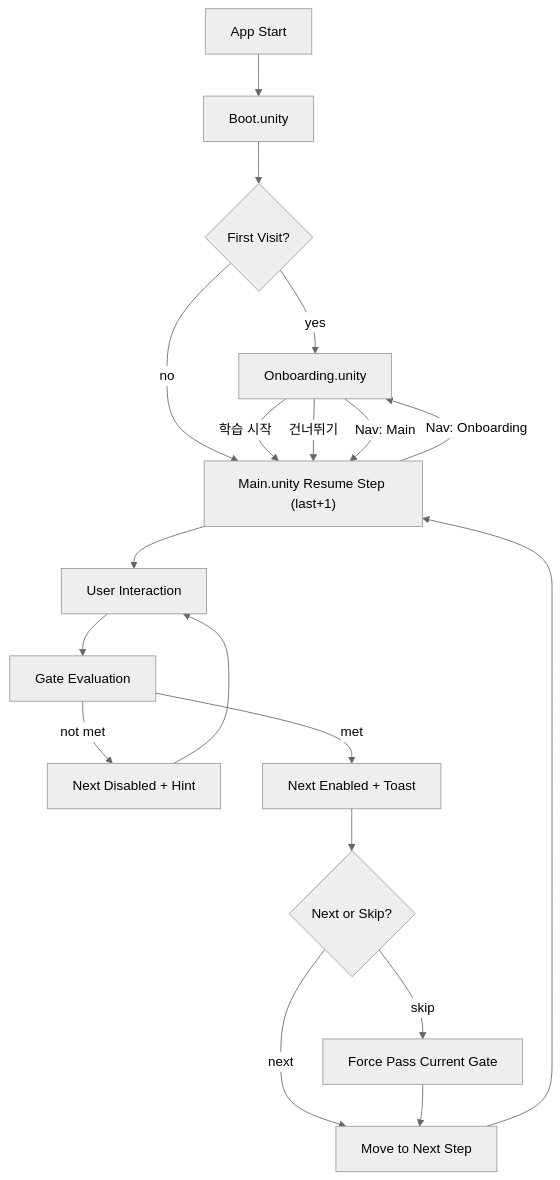
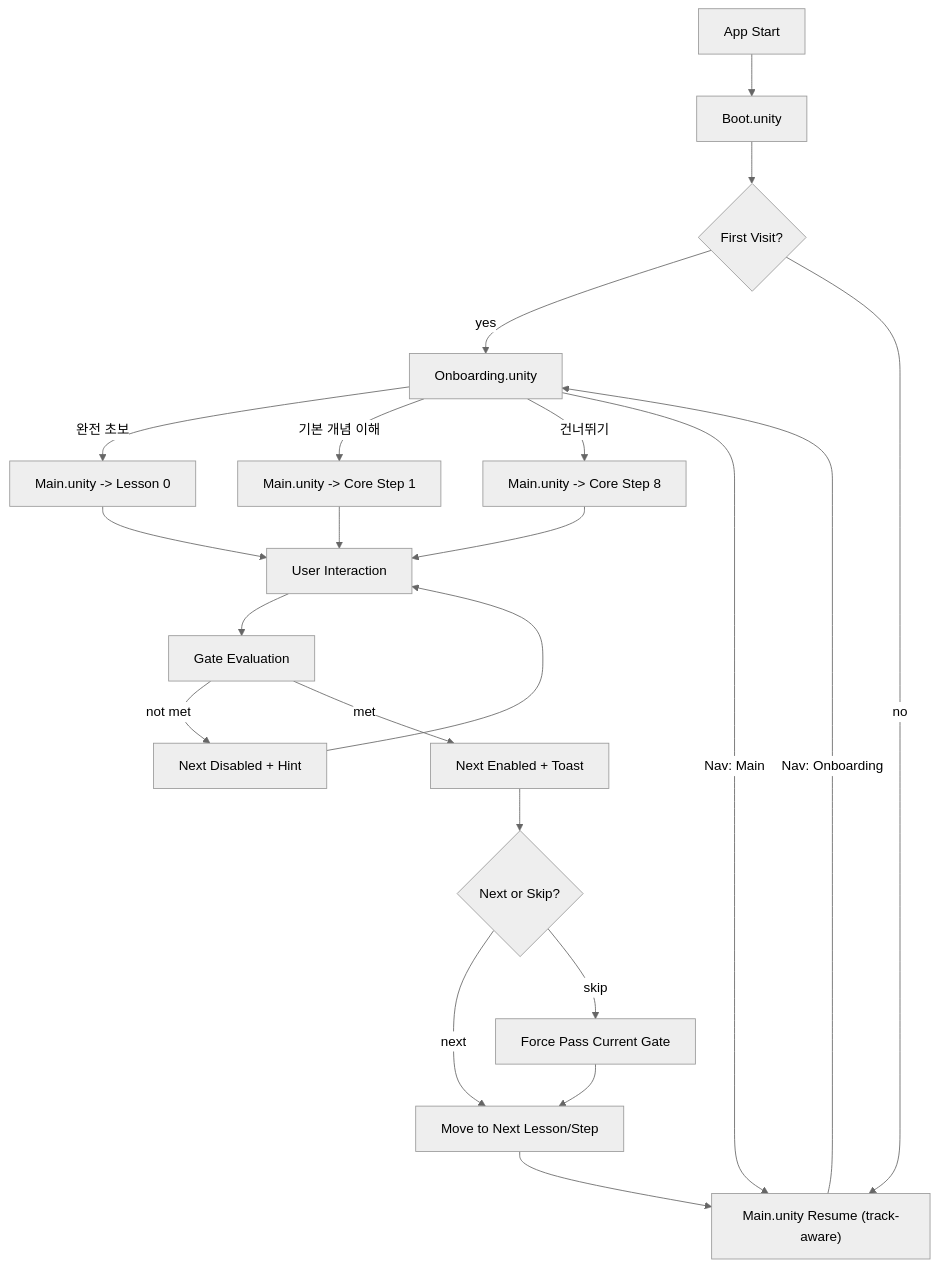
The diagram in docs/ref/USER-FLOW.md (kimjuyoung1127/robotapp), drawn with Mermaid (neutral theme) before and after one commit. The commit also changed other lines of this file and 62 other files, not shown here.

````diff
--- a/docs/ref/USER-FLOW.md
+++ b/docs/ref/USER-FLOW.md
@@ -31,21 +38,24 @@
 ```mermaid
 flowchart TD
   A["App Start"] --> B["Boot.unity"]
   B --> C{"First Visit?"}
   C -->|"yes"| D["Onboarding.unity"]
-  C -->|"no"| E["Main.unity Resume Step (last+1)"]
+  C -->|"no"| E["Main.unity Resume (track-aware)"]
 
-  D -->|"학습 시작"| E
-  D -->|"건너뛰기"| E
+  D -->|"완전 초보"| F["Main.unity -> Lesson 0"]
+  D -->|"기본 개념 이해"| G["Main.unity -> Core Step 1"]
+  D -->|"건너뛰기"| H["Main.unity -> Core Step 8"]
   D -->|"Nav: Main"| E
   E -->|"Nav: Onboarding"| D
 
-  E --> F["User Interaction"]
-  F --> G["Gate Evaluation"]
-  G -->|"not met"| H["Next Disabled + Hint"] --> F
-  G -->|"met"| I["Next Enabled + Toast"]
+  F --> I["User Interaction"]
+  G --> I
+  H --> I
+  I --> J["Gate Evaluation"]
+  J -->|"not met"| K["Next Disabled + Hint"] --> I
+  J -->|"met"| L["Next Enabled + Toast"]
 
-  I --> J{"Next or Skip?"}
-  J -->|"next"| K["Move to Next Step"] --> E
-  J -->|"skip"| L["Force Pass Current Gate"] --> K
+  L --> M{"Next or Skip?"}
+  M -->|"next"| N["Move to Next Lesson/Step"] --> E
+  M -->|"skip"| O["Force Pass Current Gate"] --> N
 ```
````
